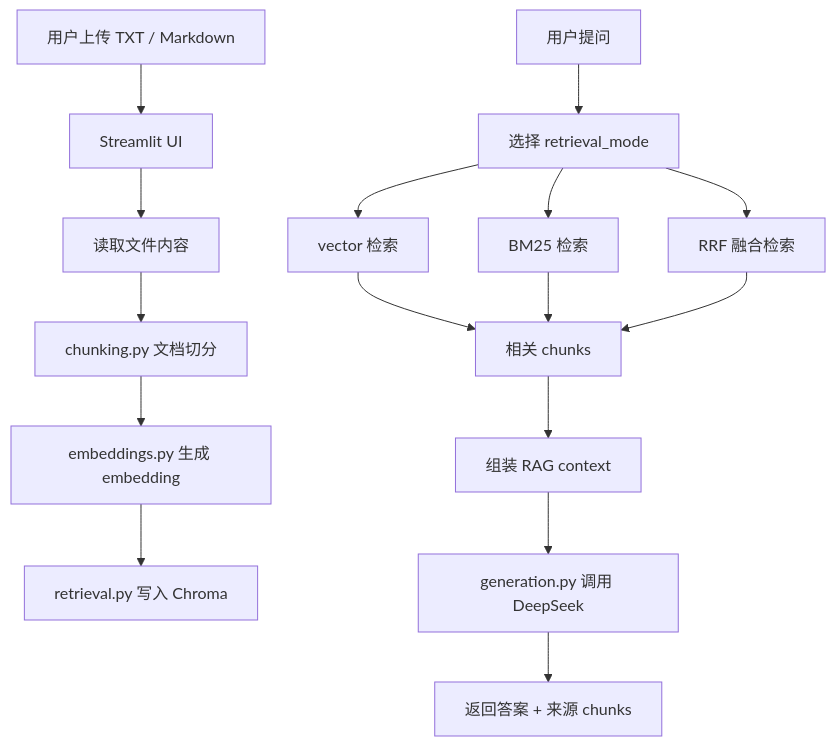
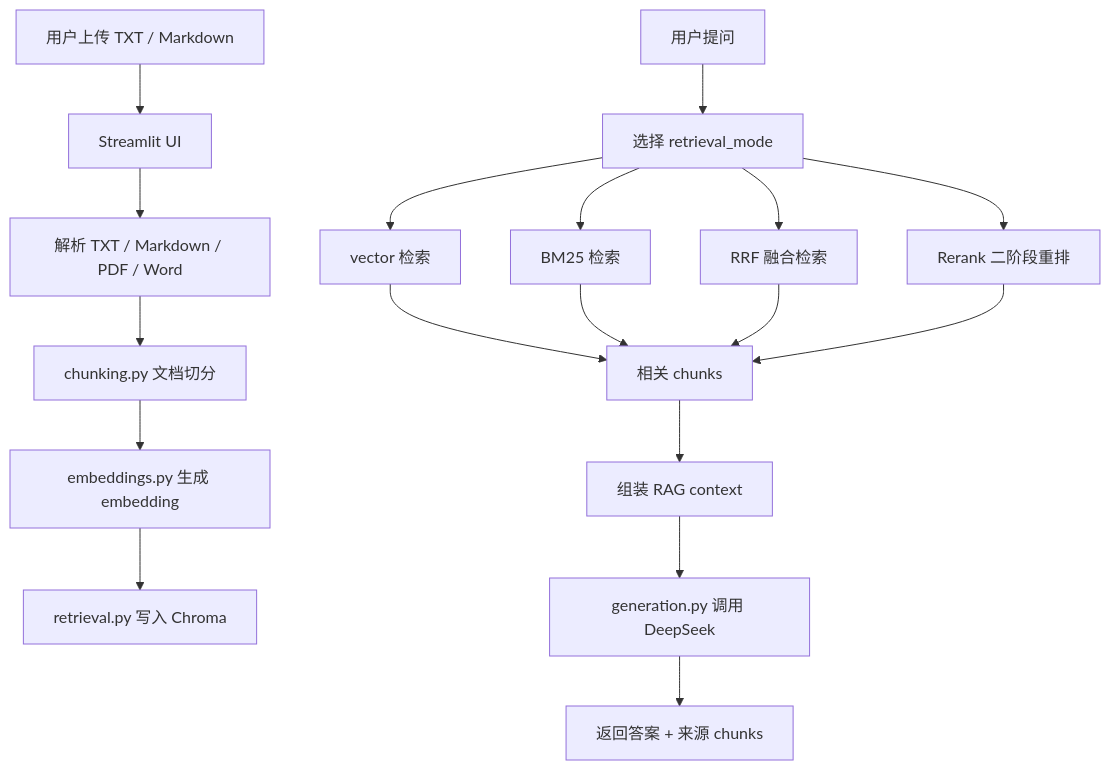
One commit to P1nkAndWh1te/python-learning-plan changed the diagram in PROJECT_DETAILED_GUIDE.md. Above: the diagram before and after it, drawn with Mermaid. The commit also changed other lines of this file and 18 other files, not shown here.

````diff
--- a/PROJECT_DETAILED_GUIDE.md
+++ b/PROJECT_DETAILED_GUIDE.md
@@ -121,18 +130,20 @@
 ```mermaid
 flowchart TD
     A["用户上传 TXT / Markdown"] --> B["Streamlit UI"]
-    B --> C["读取文件内容"]
+    B --> C["解析 TXT / Markdown / PDF / Word"]
     C --> D["chunking.py 文档切分"]
     D --> E["embeddings.py 生成 embedding"]
     E --> F["retrieval.py 写入 Chroma"]
     G["用户提问"] --> H["选择 retrieval_mode"]
     H --> I["vector 检索"]
     H --> J["BM25 检索"]
     H --> K["RRF 融合检索"]
+    H --> R["Rerank 二阶段重排"]
     I --> L["相关 chunks"]
     J --> L
     K --> L
+    R --> L
     L --> M["组装 RAG context"]
     M --> N["generation.py 调用 DeepSeek"]
     N --> O["返回答案 + 来源 chunks"]
 ```
````
